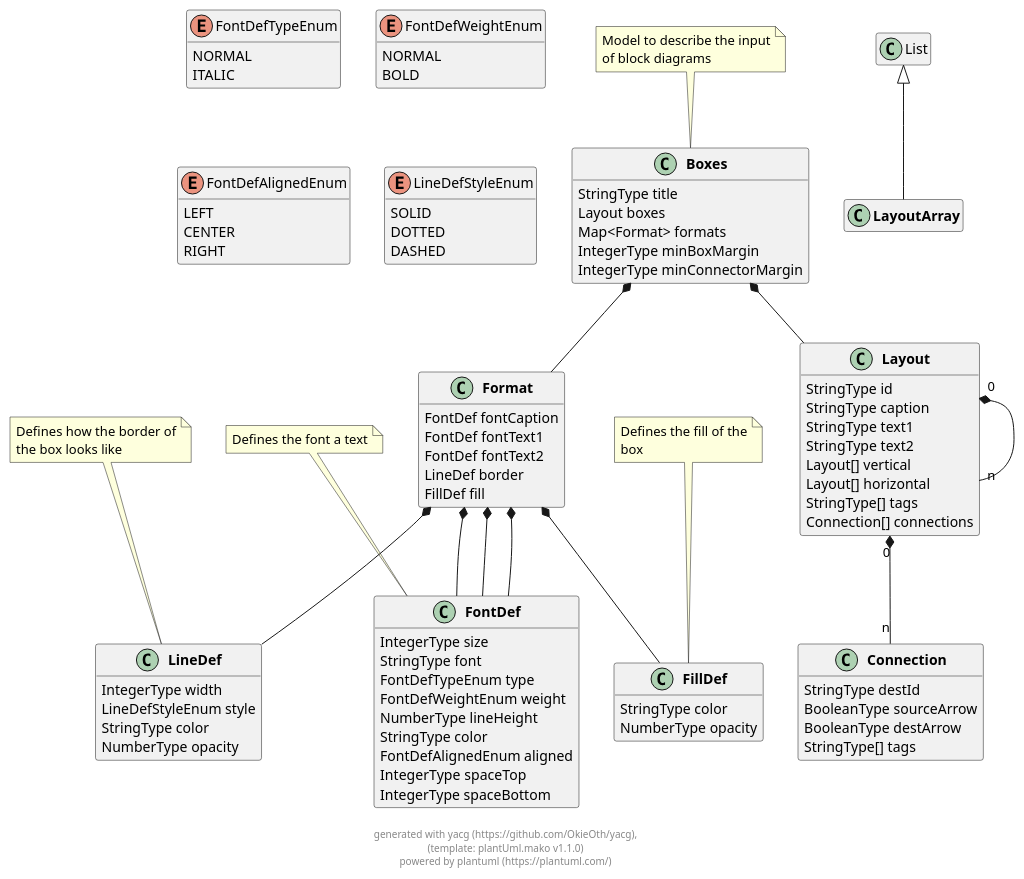
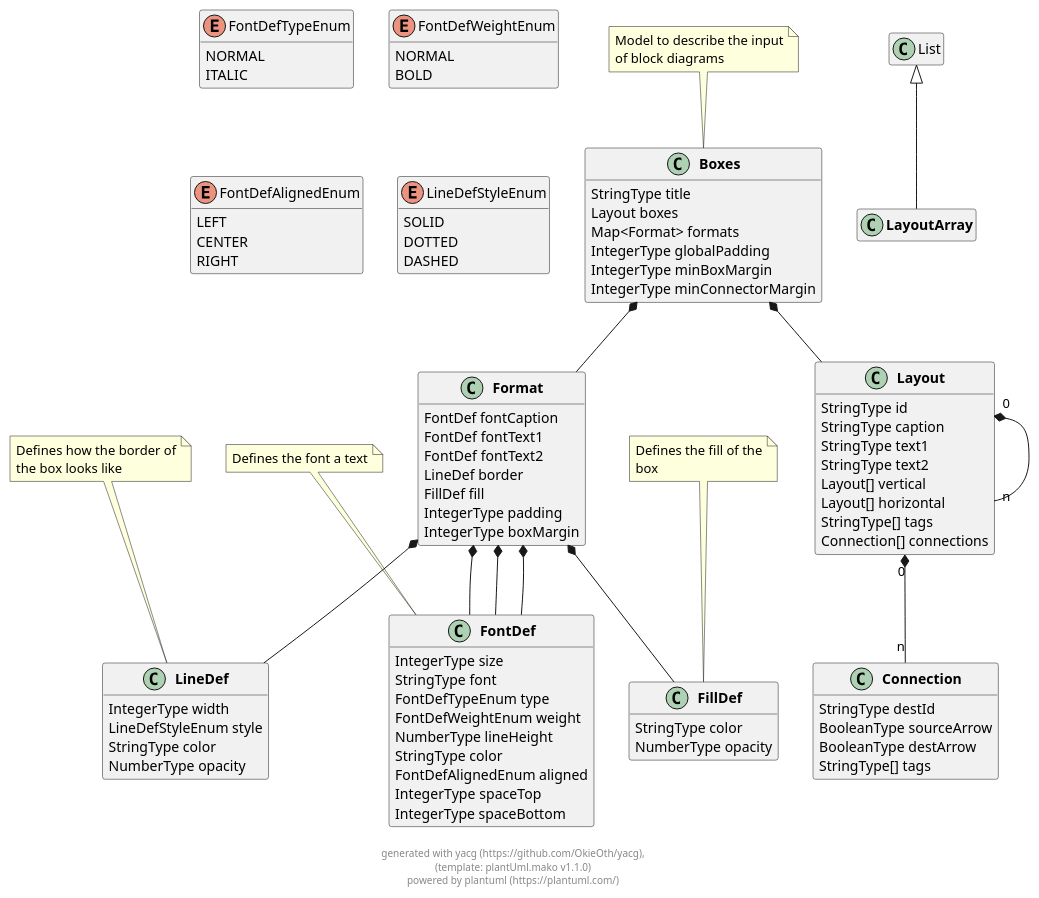
Before and after one commit to OkieOth/draw.chart.things: the diagram in docs/models/puml/boxes.puml, drawn with PlantUML. The commit also changed 12 other files, not shown here.

```diff
--- a/docs/models/puml/boxes.puml
+++ b/docs/models/puml/boxes.puml
@@ -2,170 +2,176 @@
 @startuml
 hide empty methods
 hide empty fields
 
 
 class "**Boxes**" as Boxes {
         StringType title
         Layout boxes
         Map<Format> formats
+        IntegerType globalPadding
         IntegerType minBoxMargin
         IntegerType minConnectorMargin
 }
 note top: Model to describe the input\nof block diagrams
 
  
 
 class "**Layout**" as Layout {
         StringType id
         StringType caption
         StringType text1
         StringType text2
         Layout[] vertical
         Layout[] horizontal
         StringType[] tags
         Connection[] connections
 }
 
  
 
 
 class "**Format**" as Format {
         FontDef fontCaption
         FontDef fontText1
         FontDef fontText2
         LineDef border
         FillDef fill
+        IntegerType padding
+        IntegerType boxMargin
 }
 
  
 
 class "**LayoutArray**" as LayoutArray extends List {
 }
 
 class "**Connection**" as Connection {
         StringType destId
         BooleanType sourceArrow
         BooleanType destArrow
         StringType[] tags
 }
 
  
 
 class "**FontDef**" as FontDef {
         IntegerType size
         StringType font
         FontDefTypeEnum type
         FontDefWeightEnum weight
         NumberType lineHeight
         StringType color
         FontDefAlignedEnum aligned
         IntegerType spaceTop
         IntegerType spaceBottom
 }
 note top: Defines the font a text
 
  
 
 enum "FontDefTypeEnum" as FontDefTypeEnum {
     NORMAL
     ITALIC
 }
 
 enum "FontDefWeightEnum" as FontDefWeightEnum {
     NORMAL
     BOLD
 }
 
 enum "FontDefAlignedEnum" as FontDefAlignedEnum {
     LEFT
     CENTER
     RIGHT
 }
 
 class "**LineDef**" as LineDef {
         IntegerType width
         LineDefStyleEnum style
         StringType color
         NumberType opacity
 }
 note top: Defines how the border of\nthe box looks like
 
  
 
 enum "LineDefStyleEnum" as LineDefStyleEnum {
     SOLID
     DOTTED
     DASHED
 }
 
 class "**FillDef**" as FillDef {
         StringType color
         NumberType opacity
 }
 note top: Defines the fill of the\nbox
 
  
 
 
     
 
 Boxes  *--  Layout
 
 Boxes  *--  Format
 
 
 
+
     
 
 
 
 
 Layout "0" *-- "n" Layout
 
 
 
 Layout "0" *-- "n" Connection
 
     
     
 Format  *--  FontDef
 
 Format  *--  FontDef
 
 Format  *--  FontDef
 
 Format  *--  LineDef
 
 Format  *--  FillDef
+
+
 
     
     
 
 
 
 
     
 
 
 
 
 
 
 
 
 
     
     
     
     
 
 
 
 
     
     
 
 
 
 footer \ngenerated with yacg (https://github.com/OkieOth/yacg),\n(template: plantUml.mako v1.1.0)\npowered by plantuml (https://plantuml.com/)
 @enduml
```
